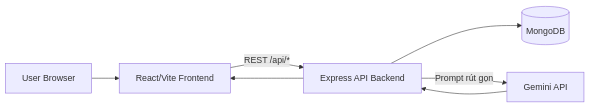
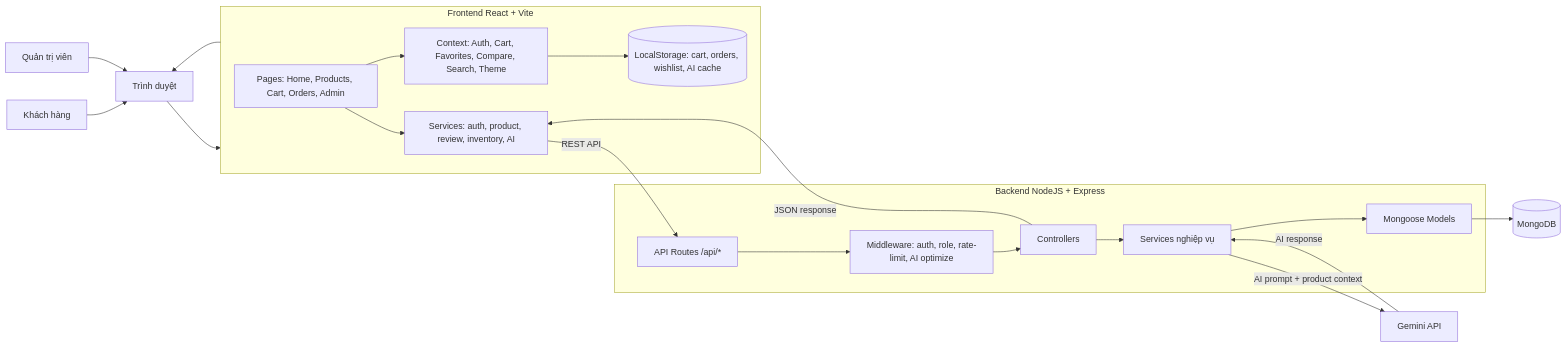
One commit to QuangFabbier/DATN changed the first of 6 diagrams in ecommerce/PROJECT_SUMMARY.md. Above: the diagram before and after it, drawn with Mermaid. The commit also changed other lines of this file and 1 other file, not shown here.

Commit message:
docs: add project workflow diagrams

````diff
--- a/ecommerce/PROJECT_SUMMARY.md
+++ b/ecommerce/PROJECT_SUMMARY.md
@@ -60,15 +60,38 @@
 ```mermaid
 flowchart LR
-  U[User Browser]
-  FE[React/Vite Frontend]
-  BE[Express API Backend]
-  DB[(MongoDB)]
-  AI[Gemini API]
+  Customer[Khách hàng] --> Browser[Trình duyệt]
+  Admin[Quản trị viên] --> Browser
 
-  U --> FE
-  FE -->|REST /api/*| BE
-  BE --> DB
-  BE -->|Prompt rút gọn| AI
-  AI --> BE
-  BE --> FE
+  subgraph FE[Frontend React + Vite]
+    Pages[Pages: Home, Products, Cart, Orders, Admin]
+    Context[Context: Auth, Cart, Favorites, Compare, Search, Theme]
+    Services[Services: auth, product, review, inventory, AI]
+    LocalStorage[(LocalStorage: cart, orders, wishlist, AI cache)]
+  end
+
+  subgraph BE[Backend NodeJS + Express]
+    Routes[API Routes /api/*]
+    Middleware[Middleware: auth, role, rate-limit, AI optimize]
+    Controllers[Controllers]
+    DomainServices[Services nghiệp vụ]
+    Models[Mongoose Models]
+  end
+
+  Mongo[(MongoDB)]
+  Gemini[Gemini API]
+
+  Browser --> FE
+  Pages --> Context
+  Pages --> Services
+  Context --> LocalStorage
+  Services -->|REST API| Routes
+  Routes --> Middleware
+  Middleware --> Controllers
+  Controllers --> DomainServices
+  DomainServices --> Models
+  Models --> Mongo
+  DomainServices -->|AI prompt + product context| Gemini
+  Gemini -->|AI response| DomainServices
+  Controllers -->|JSON response| Services
+  FE --> Browser
 ```
````
